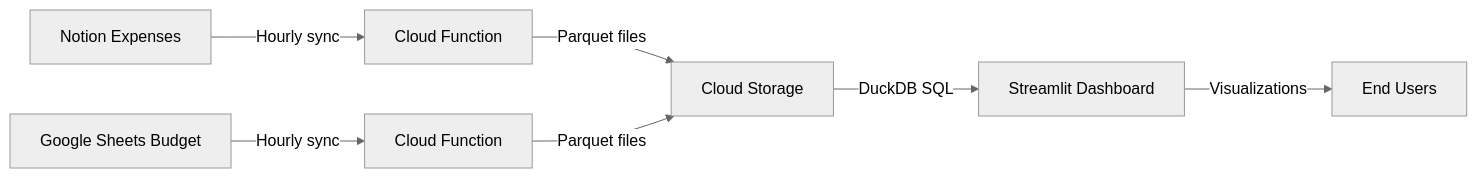
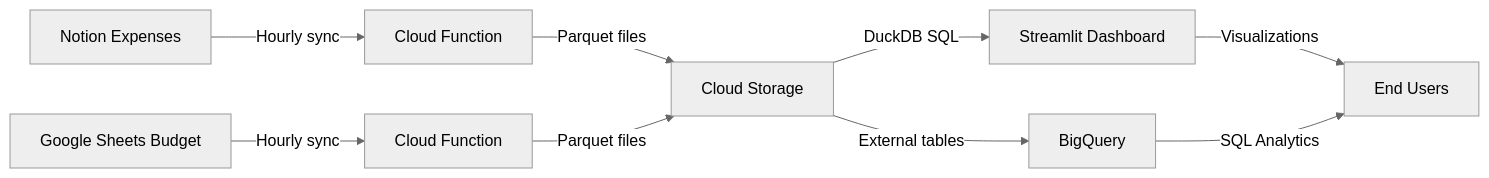
Before and after one commit to tucared/personal-expense-tracker: the diagram in README.md, drawn with Mermaid (neutral theme). The commit also changed other lines of this file and 7 other files, not shown here.

Commit message:
feat(biquery-external-tables): add new module to expose lakehouse tables in bigquery

````diff
--- a/README.md
+++ b/README.md
@@ -160,8 +163,10 @@
 ```mermaid
 flowchart LR
     A[Notion Expenses] -->|Hourly sync| B[Cloud Function]
     C[Google Sheets Budget] -->|Hourly sync| D[Cloud Function]
     B & D -->|Parquet files| E[Cloud Storage]
     E -->|DuckDB SQL| F[Streamlit Dashboard]
+    E -->|External tables| H[BigQuery]
     F -->|Visualizations| G[End Users]
+    H -->|SQL Analytics| G[End Users]
 ```
````
